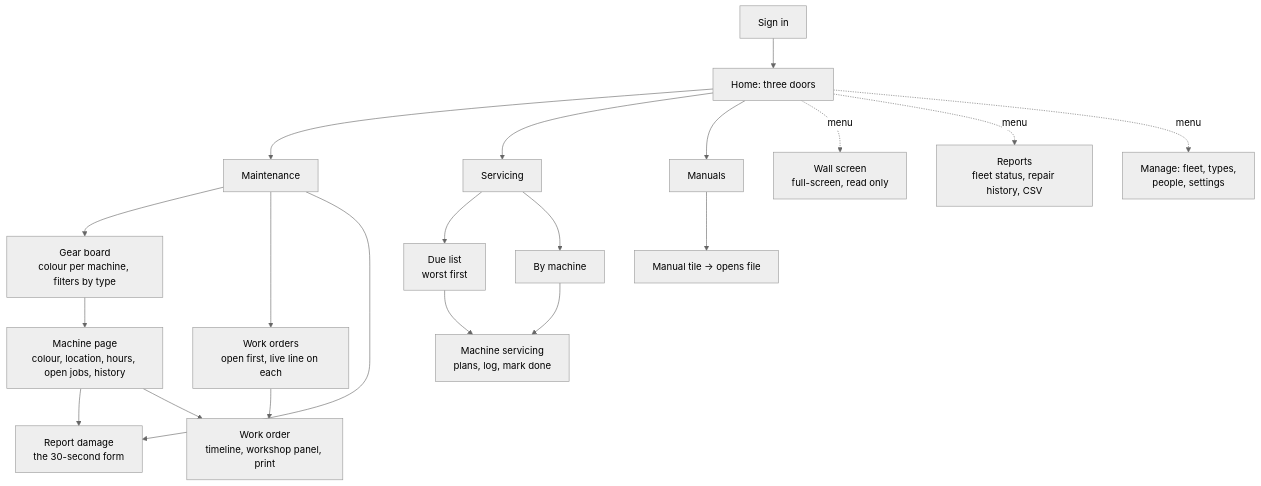
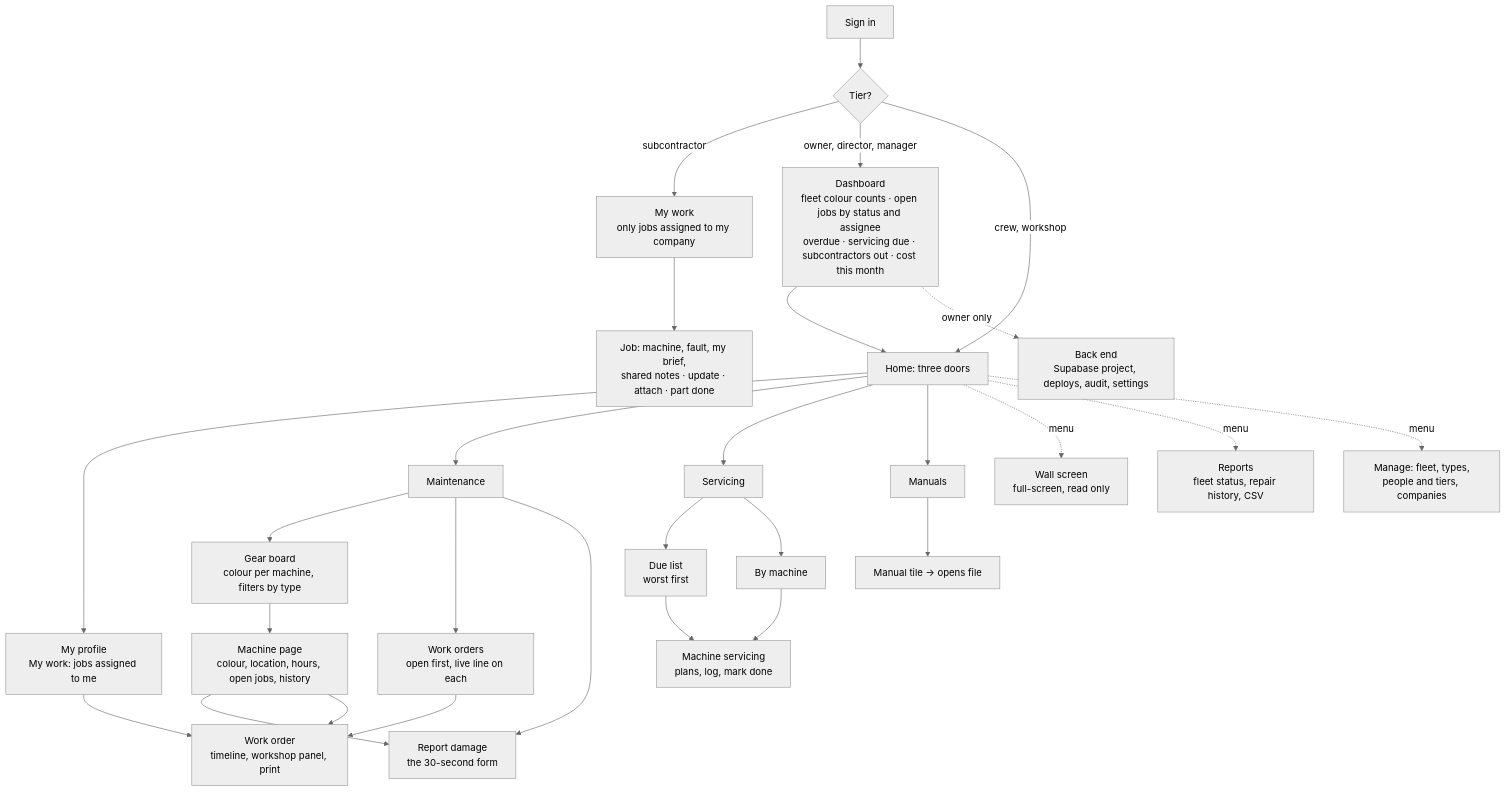
Before and after one commit to shyamal22/rck-workshop: the tenth of 10 diagrams in workshop-v2/docs/01-flow-and-architecture.md, drawn with Mermaid (neutral theme). The commit also changed other lines of this file, not shown here.

First line of the commit message:
Workshop v2: add the tiers, assignment and subcontractor logins

````diff
--- a/workshop-v2/docs/01-flow-and-architecture.md
+++ b/workshop-v2/docs/01-flow-and-architecture.md
@@ -392,22 +538,30 @@
 ```mermaid
 flowchart TD
-  signin[Sign in] --> home[Home: three doors]
+  signin[Sign in] --> tier{Tier?}
+  tier -- subcontractor --> mywork_x["My work<br/>only jobs assigned to my company"]
+  mywork_x --> wo_x["Job: machine, fault, my brief,<br/>shared notes · update · attach · part done"]
+  tier -- owner, director, manager --> dash["Dashboard<br/>fleet colour counts · open jobs by status and assignee<br/>overdue · servicing due · subcontractors out · cost this month"]
+  dash --> home
+  tier -- crew, workshop --> home[Home: three doors]
+  home --> me["My profile<br/>My work: jobs assigned to me"]
+  me --> wo
   home --> maint[Maintenance]
   home --> svc[Servicing]
   home --> man[Manuals]
   maint --> board[Gear board<br/>colour per machine, filters by type]
   maint --> orders[Work orders<br/>open first, live line on each]
   maint --> report[Report damage<br/>the 30-second form]
   board --> asset[Machine page<br/>colour, location, hours, open jobs, history]
   orders --> wo[Work order<br/>timeline, workshop panel, print]
   asset --> report
   asset --> wo
   svc --> due[Due list<br/>worst first]
   svc --> fleet[By machine]
   fleet --> svcasset[Machine servicing<br/>plans, log, mark done]
   due --> svcasset
   man --> manual[Manual tile → opens file]
   home -. menu .-> screen[Wall screen<br/>full-screen, read only]
   home -. menu .-> reports[Reports<br/>fleet status, repair history, CSV]
-  home -. menu .-> admin[Manage: fleet, types,<br/>people, settings]
+  home -. menu .-> admin[Manage: fleet, types,<br/>people and tiers, companies]
+  dash -. owner only .-> backend["Back end<br/>Supabase project, deploys, audit, settings"]
 ```
````
